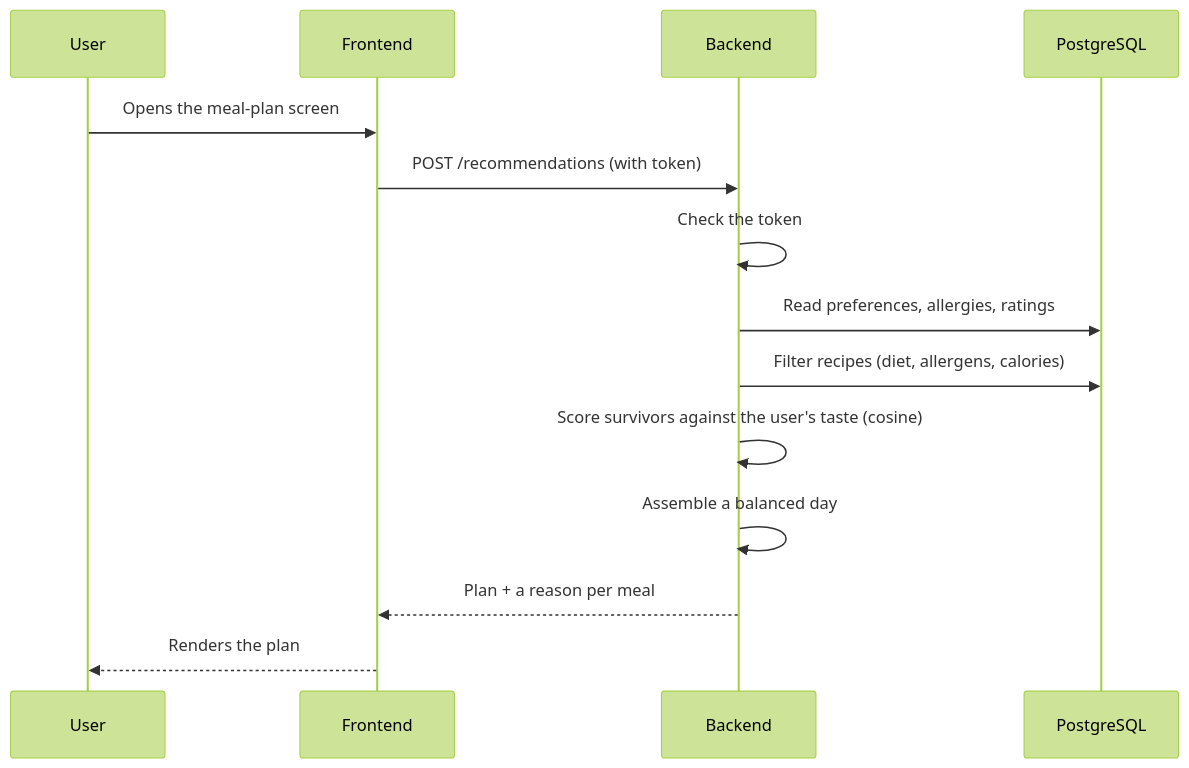
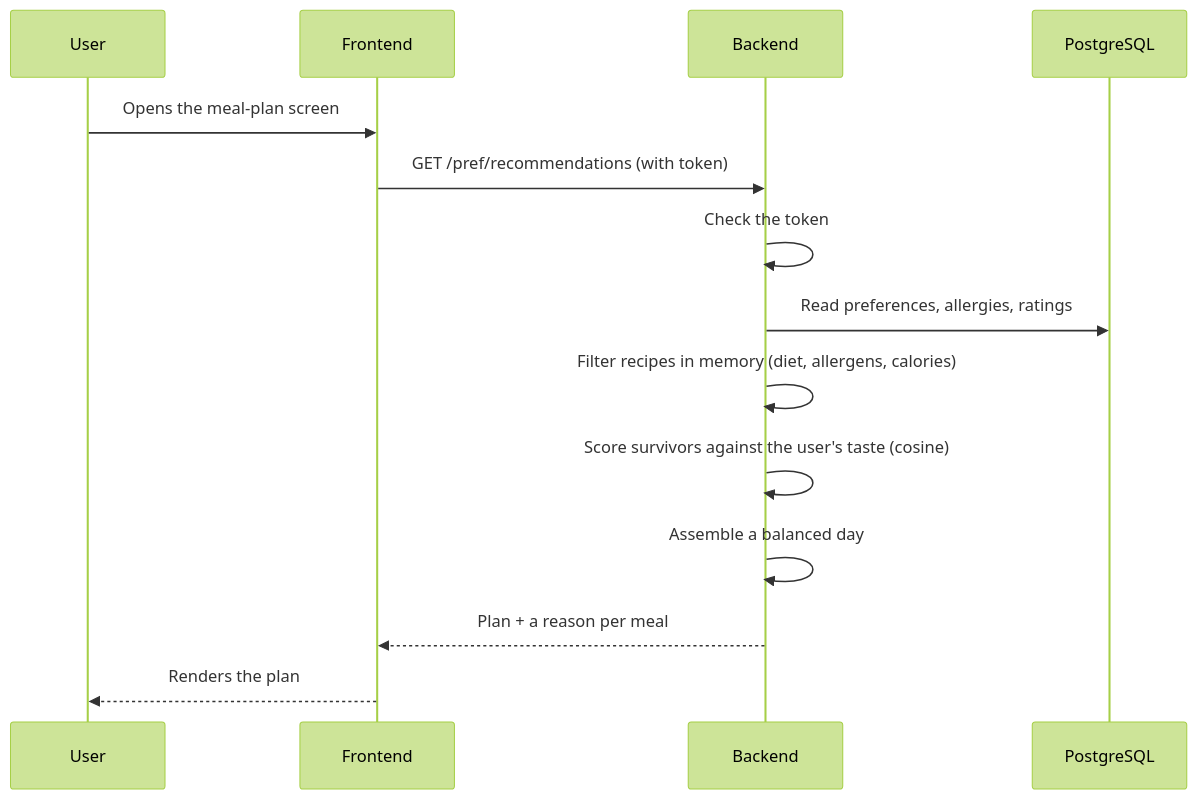
One commit to Tejas1305/13_Tejas.D-diet-recommender changed the second of 3 diagrams in docs/system_architechture.md. Above: the diagram before and after it, drawn with Mermaid (forest theme). The commit also changed other lines of this file and 10 other files, not shown here.

````diff
--- a/docs/system_architechture.md
+++ b/docs/system_architechture.md
@@ -29,17 +27,17 @@
 ```mermaid
 sequenceDiagram
     participant U as User
     participant F as Frontend
     participant B as Backend
     participant DB as PostgreSQL
 
     U->>F: Opens the meal-plan screen
-    F->>B: POST /recommendations (with token)
+    F->>B: GET /pref/recommendations (with token)
     B->>B: Check the token
     B->>DB: Read preferences, allergies, ratings
-    B->>DB: Filter recipes (diet, allergens, calories)
+    B->>B: Filter recipes in memory (diet, allergens, calories)
     B->>B: Score survivors against the user's taste (cosine)
     B->>B: Assemble a balanced day
     B-->>F: Plan + a reason per meal
     F-->>U: Renders the plan
 ```
````
